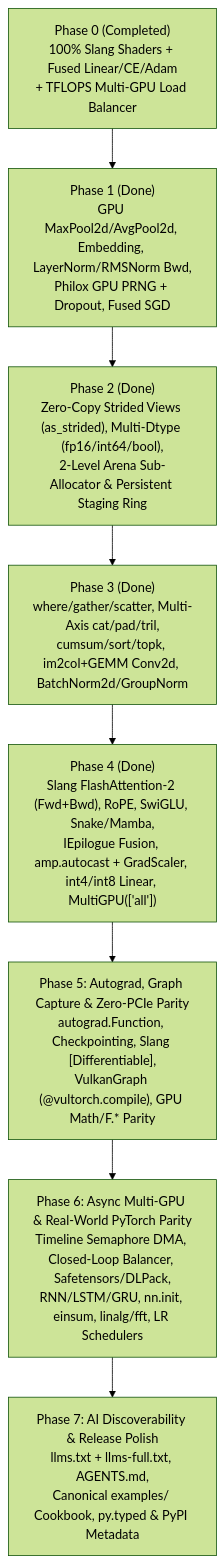
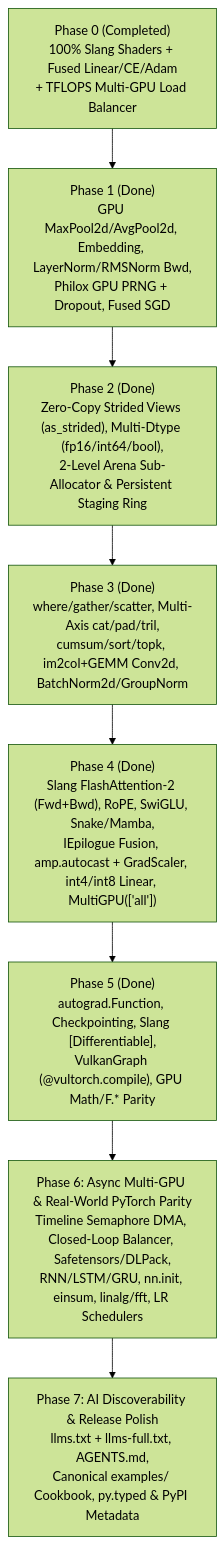
Before and after one commit to vinaybhargav/VulTorch: the diagram in IMPLEMENTATION.md, drawn with Mermaid (forest theme). The commit also changed other lines of this file, not shown here.

Commit message:
docs: mark Phase 5 as completed in IMPLEMENTATION.md

````diff
--- a/IMPLEMENTATION.md
+++ b/IMPLEMENTATION.md
@@ -458,13 +458,13 @@
 ```mermaid
 flowchart TD
     P0["Phase 0 (Completed)<br/>100% Slang Shaders + Fused Linear/CE/Adam<br/>+ TFLOPS Multi-GPU Load Balancer"]
     P1["Phase 1 (Done)<br/>GPU MaxPool2d/AvgPool2d, Embedding, LayerNorm/RMSNorm Bwd,<br/>Philox GPU PRNG + Dropout, Fused SGD"]
     P2["Phase 2 (Done)<br/>Zero-Copy Strided Views (as_strided), Multi-Dtype (fp16/int64/bool),<br/>2-Level Arena Sub-Allocator & Persistent Staging Ring"]
     P3["Phase 3 (Done)<br/>where/gather/scatter, Multi-Axis cat/pad/tril,<br/>cumsum/sort/topk, im2col+GEMM Conv2d, BatchNorm2d/GroupNorm"]
     P4["Phase 4 (Done)<br/>Slang FlashAttention-2 (Fwd+Bwd), RoPE, SwiGLU, Snake/Mamba,<br/>IEpilogue Fusion, amp.autocast + GradScaler, int4/int8 Linear, MultiGPU(['all'])"]
-    P5["Phase 5: Autograd, Graph Capture & Zero-PCIe Parity<br/>autograd.Function, Checkpointing, Slang [Differentiable],<br/>VulkanGraph (@vultorch.compile), GPU Math/F.* Parity"]
+    P5["Phase 5 (Done)<br/>autograd.Function, Checkpointing, Slang [Differentiable],<br/>VulkanGraph (@vultorch.compile), GPU Math/F.* Parity"]
     P6["Phase 6: Async Multi-GPU & Real-World PyTorch Parity<br/>Timeline Semaphore DMA, Closed-Loop Balancer, Safetensors/DLPack,<br/>RNN/LSTM/GRU, nn.init, einsum, linalg/fft, LR Schedulers"]
     P7["Phase 7: AI Discoverability & Release Polish<br/>llms.txt + llms-full.txt, AGENTS.md,<br/>Canonical examples/ Cookbook, py.typed & PyPI Metadata"]
 
     P0 --> P1 --> P2 --> P3 --> P4 --> P5 --> P6 --> P7
 ```
````
